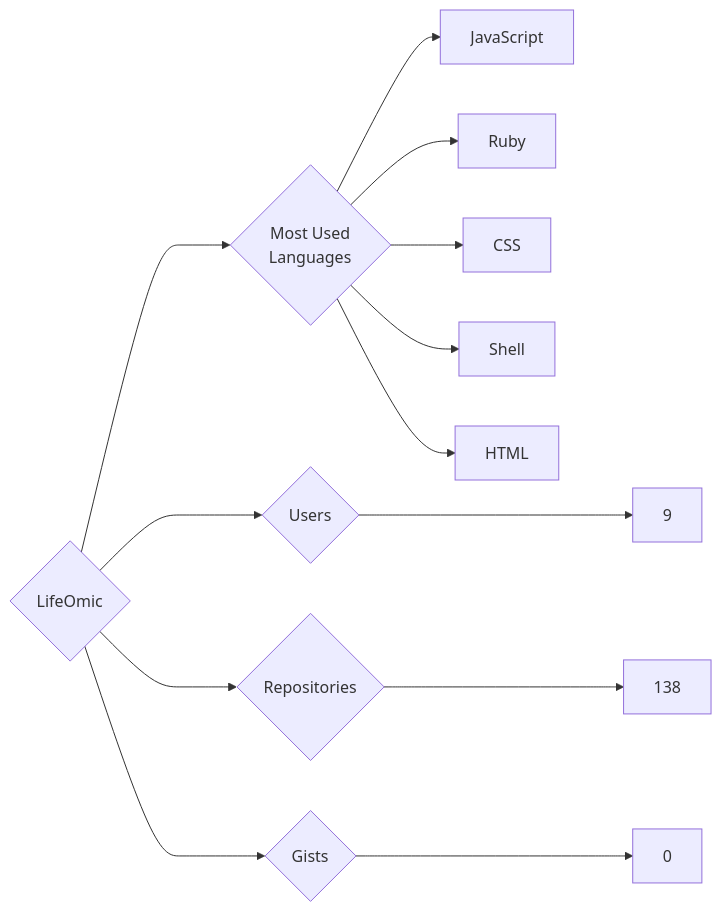
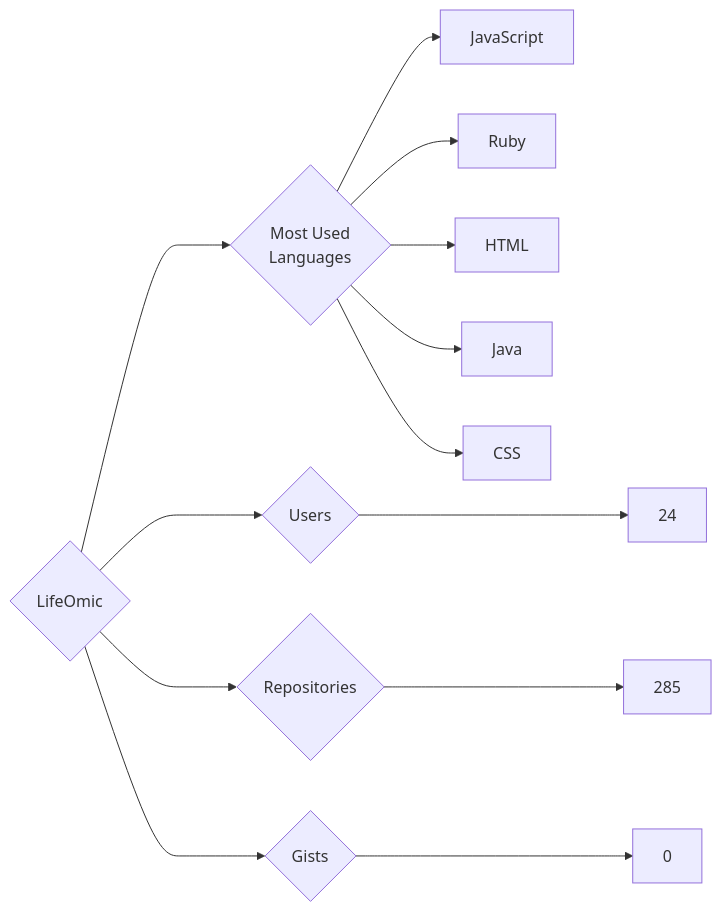
The diagram in targets/LifeOmic/README.md (trickest/insiders), drawn with Mermaid before and after one commit. The commit also changed 951 other files, not shown here.

````diff
--- a/targets/LifeOmic/README.md
+++ b/targets/LifeOmic/README.md
@@ -3,13 +3,13 @@
 ```mermaid
 graph LR
 COMPANY_NAME{LifeOmic}
-COMPANY_NAME ---> U{Users} ---> UN[9]
-COMPANY_NAME ---> R{Repositories} ---> RN[138]
+COMPANY_NAME ---> U{Users} ---> UN[24]
+COMPANY_NAME ---> R{Repositories} ---> RN[285]
 COMPANY_NAME ---> G{Gists} ---> GN[0]
 COMPANY_NAME ---> ML{Most Used<br>Languages}
-ML --> JavaScript
-ML --> Ruby
-ML --> CSS
-ML --> Shell
-ML --> HTML
+ML --> JavaScript[JavaScript]
+ML --> Ruby[Ruby]
+ML --> HTML[HTML]
+ML --> Java[Java]
+ML --> CSS[CSS]
 ```
````
